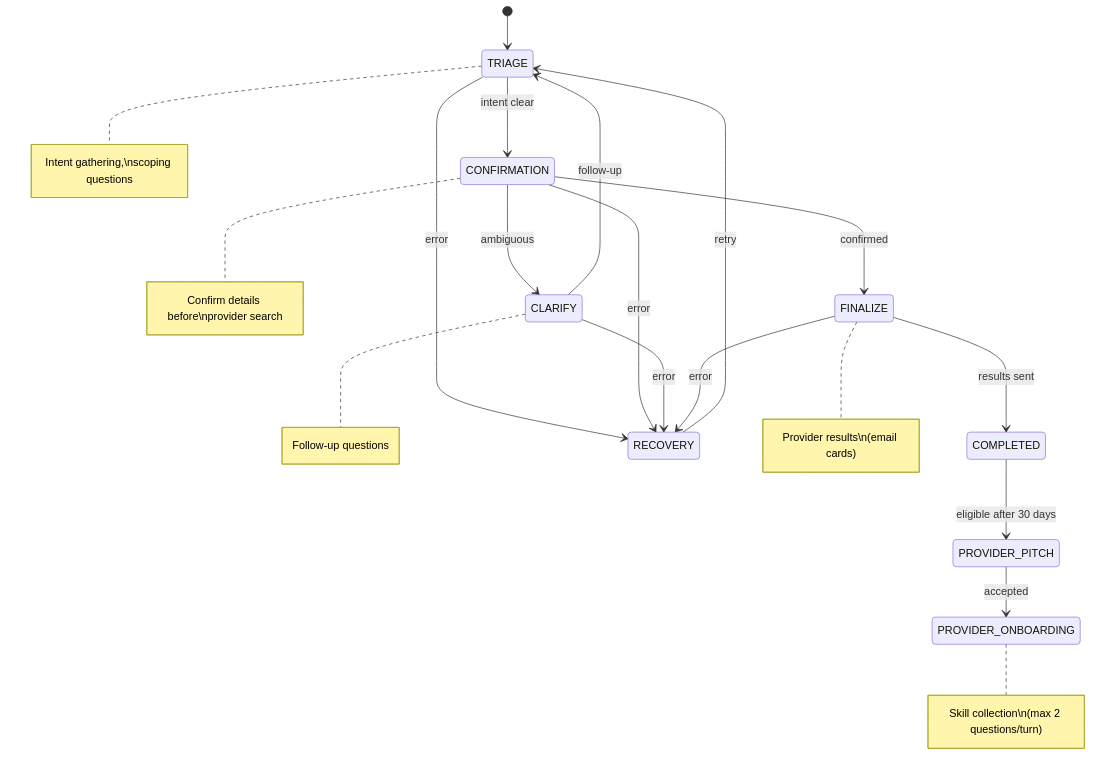
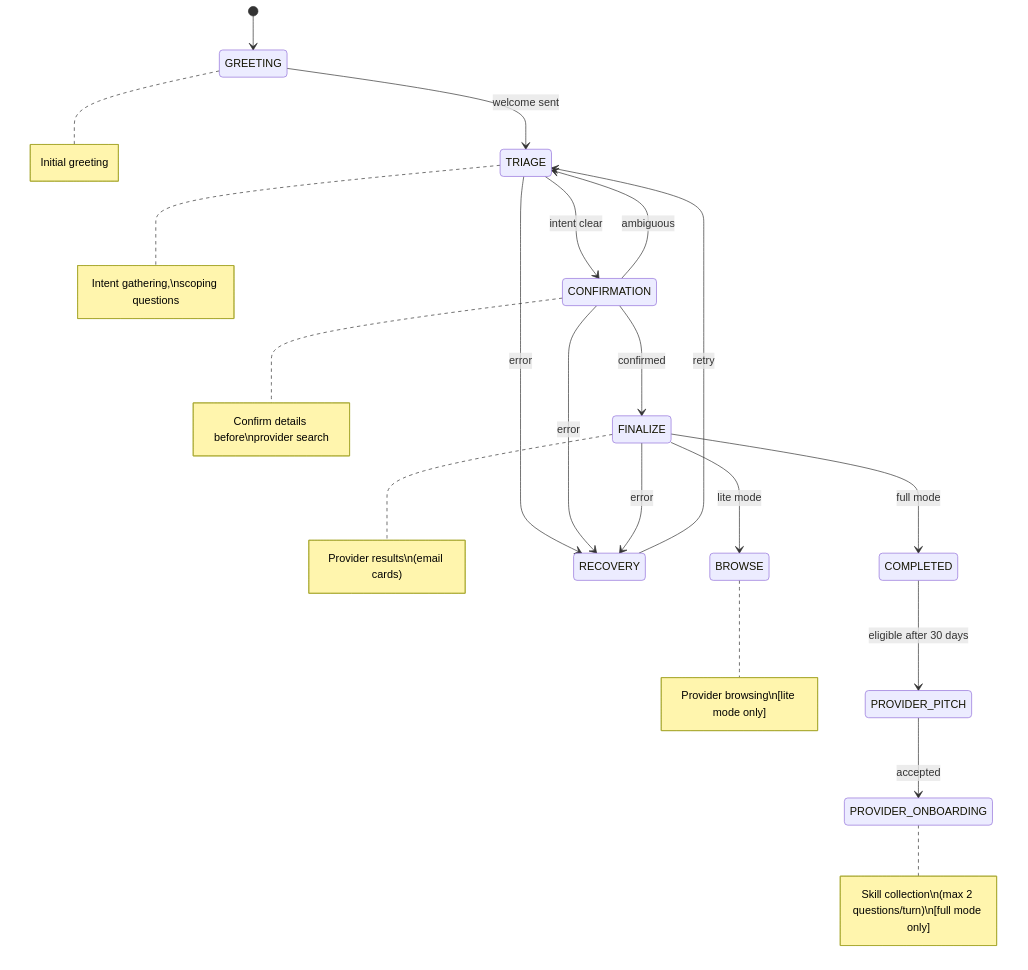
The diagram in docs/ai-assistant.md (Fides-Connect/linkora), drawn with Mermaid before and after one commit. The commit also changed 2 other files, not shown here.

Commit message:
Fix Copilot review findings in README and docs

````diff
--- a/docs/ai-assistant.md
+++ b/docs/ai-assistant.md
@@ -56,23 +56,24 @@
 ```mermaid
 stateDiagram-v2
-    [*] --> TRIAGE
+    [*] --> GREETING
+    GREETING --> TRIAGE : welcome sent
     TRIAGE --> CONFIRMATION : intent clear
     CONFIRMATION --> FINALIZE : confirmed
-    CONFIRMATION --> CLARIFY : ambiguous
-    CLARIFY --> TRIAGE : follow-up
-    FINALIZE --> COMPLETED : results sent
+    CONFIRMATION --> TRIAGE : ambiguous
+    FINALIZE --> COMPLETED : full mode
+    FINALIZE --> BROWSE : lite mode
     COMPLETED --> PROVIDER_PITCH : eligible after 30 days
     PROVIDER_PITCH --> PROVIDER_ONBOARDING : accepted
 
     TRIAGE --> RECOVERY : error
     CONFIRMATION --> RECOVERY : error
-    CLARIFY --> RECOVERY : error
     FINALIZE --> RECOVERY : error
     RECOVERY --> TRIAGE : retry
 
+    note right of GREETING : Initial greeting
     note right of TRIAGE : Intent gathering,\nscoping questions
     note right of CONFIRMATION : Confirm details before\nprovider search
-    note right of CLARIFY : Follow-up questions
     note right of FINALIZE : Provider results\n(email cards)
-    note right of PROVIDER_ONBOARDING : Skill collection\n(max 2 questions/turn)
+    note right of BROWSE : Provider browsing\n[lite mode only]
+    note right of PROVIDER_ONBOARDING : Skill collection\n(max 2 questions/turn)\n[full mode only]
 ```
````
